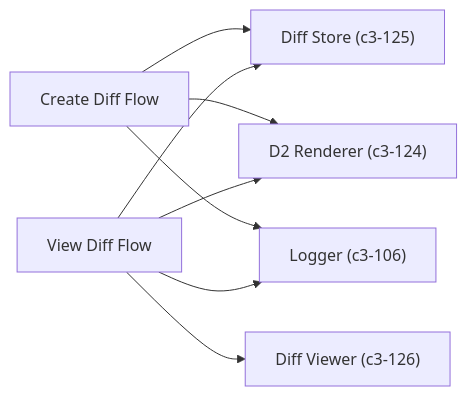
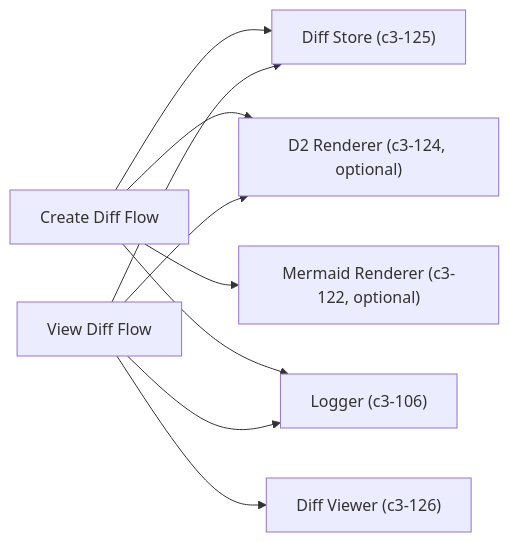
One commit to lagz0ne/diashort changed the diagram in .c3/c3-1-api-server/c3-127-diff-flow.md. Above: the diagram before and after it, drawn with Mermaid. The commit also changed other lines of this file and 26 other files, not shown here.

First line of the commit message:
docs: audit and update C3 architecture docs, add codemap

````diff
--- a/.c3/c3-1-api-server/c3-127-diff-flow.md
+++ b/.c3/c3-1-api-server/c3-127-diff-flow.md
@@ -17,11 +20,12 @@
 ```mermaid
 graph LR
     CreateDiff["Create Diff Flow"] --> DiffStore["Diff Store (c3-125)"]
-    CreateDiff --> D2Renderer["D2 Renderer (c3-124)"]
+    CreateDiff --> D2Renderer["D2 Renderer (c3-124, optional)"]
+    CreateDiff --> MermaidRenderer["Mermaid Renderer (c3-122, optional)"]
     CreateDiff --> Logger["Logger (c3-106)"]
 
     ViewDiff["View Diff Flow"] --> DiffStore
     ViewDiff --> DiffViewer["Diff Viewer (c3-126)"]
     ViewDiff --> D2Renderer
     ViewDiff --> Logger
 ```
````
